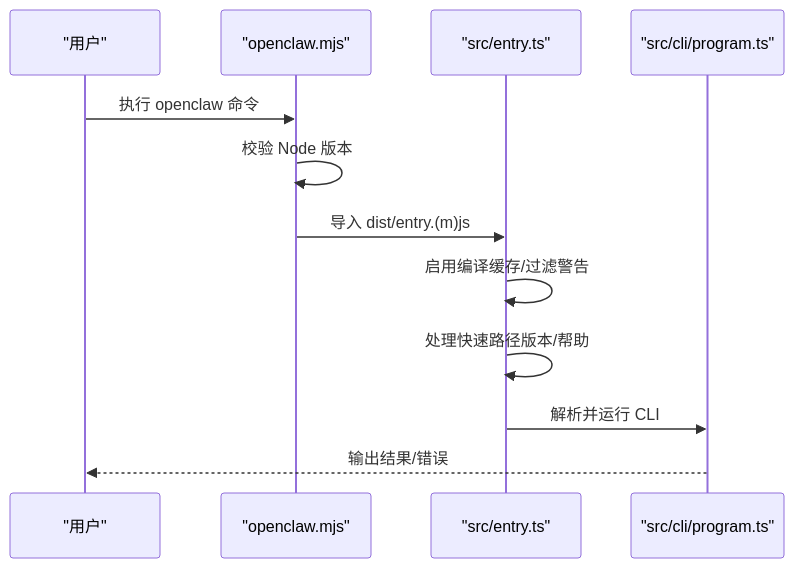
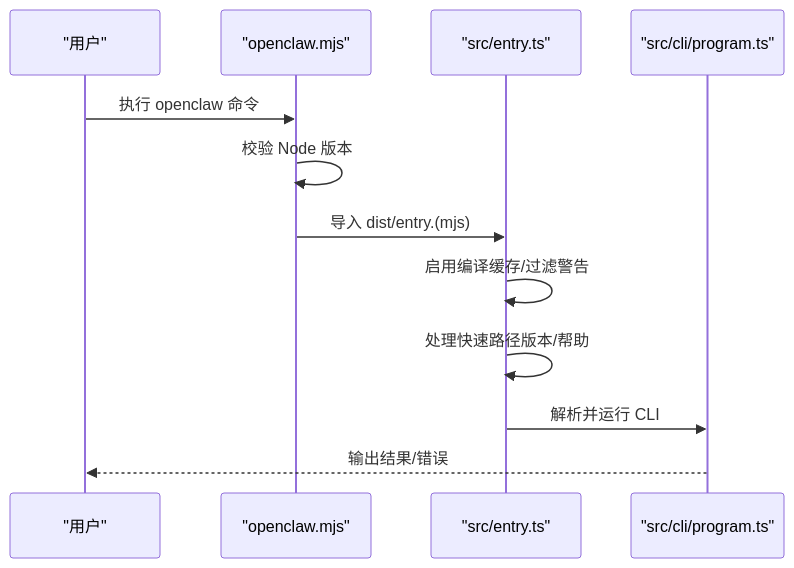
The third of 10 diagrams in .qoder/repowiki/zh/content/开发者指南/开发者指南.md (verse-ai-org/openclaw), drawn with Mermaid before and after one commit. The commit also changed other lines of this file and 23 other files, not shown here.

````diff
--- a/.qoder/repowiki/zh/content/开发者指南/开发者指南.md
+++ b/.qoder/repowiki/zh/content/开发者指南/开发者指南.md
@@ -188,14 +249,14 @@
 ```mermaid
 sequenceDiagram
 participant U as "用户"
 participant WR as "openclaw.mjs"
 participant EN as "src/entry.ts"
 participant CL as "src/cli/program.ts"
 U->>WR : 执行 openclaw 命令
 WR->>WR : 校验 Node 版本
-WR->>EN : 导入 dist/entry.(m)js
+WR->>EN : 导入 dist/entry.(mjs)
 EN->>EN : 启用编译缓存/过滤警告
 EN->>EN : 处理快速路径版本/帮助
 EN->>CL : 解析并运行 CLI
 CL-->>U : 输出结果/错误
 ```
````
